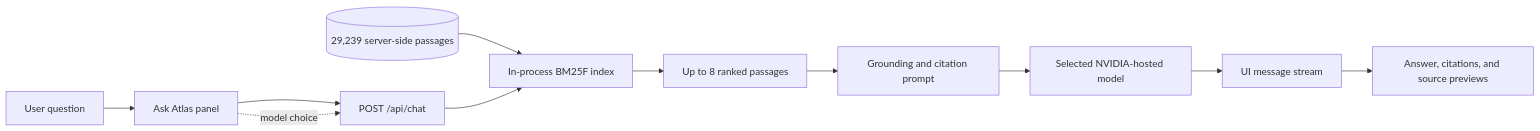
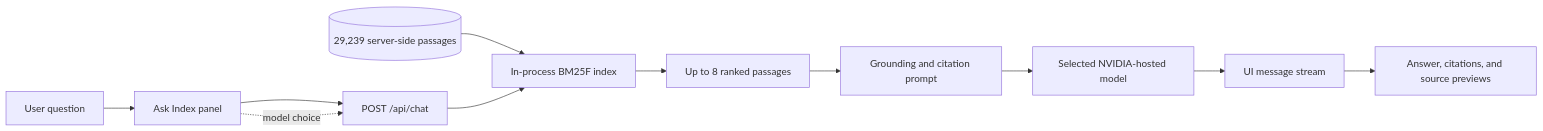
The first of 2 diagrams in docs/AI-ENGINEERING.md (SawabS/mcp-atlas), drawn with Mermaid before and after one commit. The commit also changed other lines of this file and 33 other files, not shown here.

Commit message:
fixing the chat flow display

````diff
--- a/docs/AI-ENGINEERING.md
+++ b/docs/AI-ENGINEERING.md
@@ -14,18 +14,18 @@
 ```mermaid
 flowchart LR
     user[User question]
-    browser[Ask Atlas panel]
+    browser[Ask Index panel]
     route[POST /api/chat]
     index[In-process BM25F index]
     corpus[(29,239 server-side passages)]
     evidence[Up to 8 ranked passages]
     prompt[Grounding and citation prompt]
     model[Selected NVIDIA-hosted model]
     stream[UI message stream]
     answer[Answer, citations, and source previews]
 
     user --> browser --> route
     corpus --> index
     route --> index --> evidence --> prompt --> model --> stream --> answer
     browser -. model choice .-> route
 ```
````
